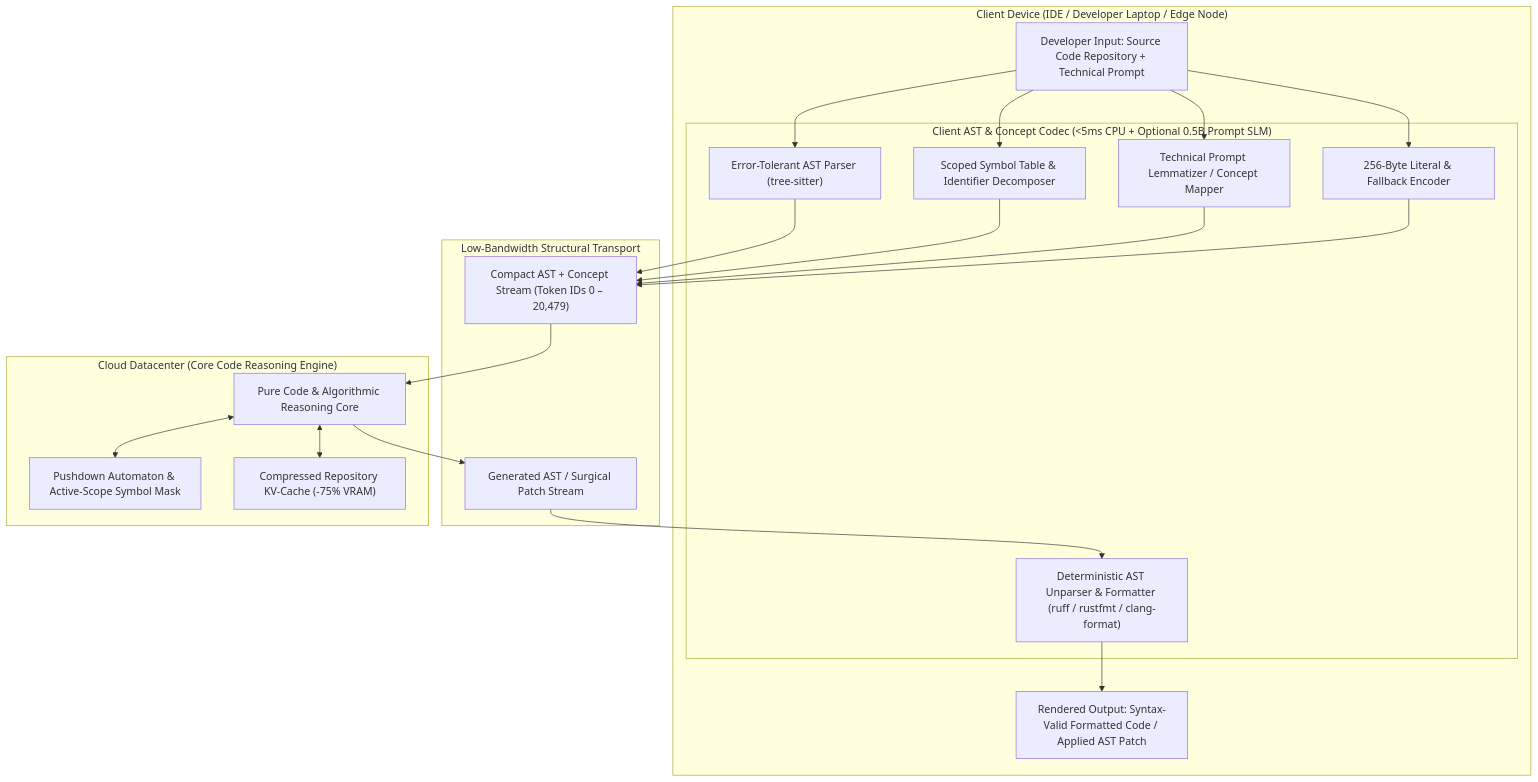
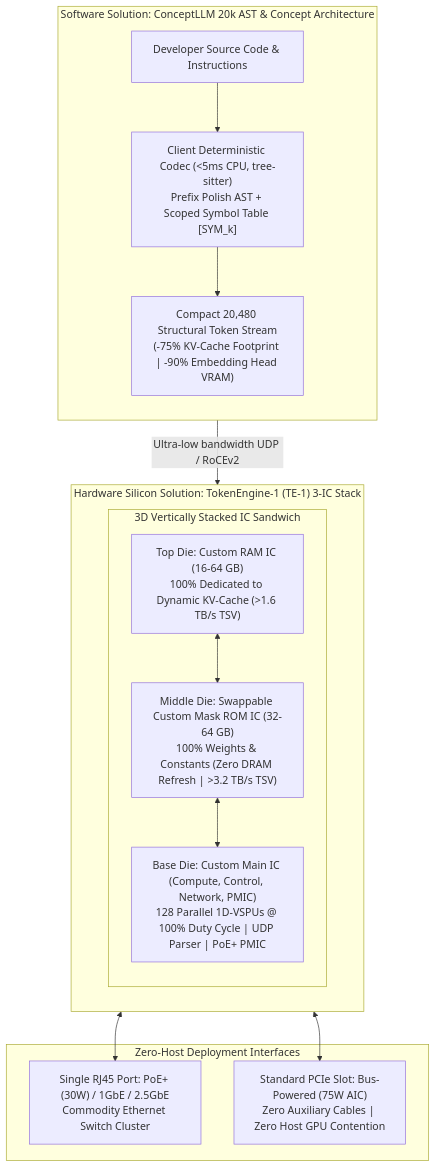
One commit to bokic/ConceptLLM changed the first of 2 diagrams in README.md. Above: the diagram before and after it, drawn with Mermaid. The commit also changed other lines of this file and 1 other file, not shown here.

Commit message:
Move software arhitecture to SOFTWARE.md

````diff
--- a/README.md
+++ b/README.md
@@ -26,36 +22,31 @@
 ```mermaid
 flowchart TD
-    subgraph Client ["Client Device (IDE / Developer Laptop / Edge Node)"]
-        UserIn["Developer Input: Source Code Repository + Technical Prompt"]
-
-        subgraph ClientCodec ["Client AST & Concept Codec (<5ms CPU + Optional 0.5B Prompt SLM)"]
-            ASTParser["Error-Tolerant AST Parser (tree-sitter)"]
-            SymTable["Scoped Symbol Table & Identifier Decomposer"]
-            PromptEncoder["Technical Prompt Lemmatizer / Concept Mapper"]
-            ByteEncoder["256-Byte Literal & Fallback Encoder"]
-            ASTUnparser["Deterministic AST Unparser & Formatter (ruff / rustfmt / clang-format)"]
-        end
-
-        FinalOut["Rendered Output: Syntax-Valid Formatted Code / Applied AST Patch"]
+    subgraph SoftwareLayer ["Software Solution: ConceptLLM 20k AST & Concept Architecture"]
+        direction TB
+        DevCode["Developer Source Code & Instructions"]
+        LocalCodec["Client Deterministic Codec (<5ms CPU, tree-sitter)\nPrefix Polish AST + Scoped Symbol Table [SYM_k]"]
+        Tokens20k["Compact 20,480 Structural Token Stream\n(-75% KV-Cache Footprint | -90% Embedding Head VRAM)"]
+        
+        DevCode --> LocalCodec
+        LocalCodec --> Tokens20k
     end
 
-    subgraph Network ["Low-Bandwidth Structural Transport"]
-        UpstreamTokens["Compact AST + Concept Stream (Token IDs 0 – 20,479)"]
-        DownstreamTokens["Generated AST / Surgical Patch Stream"]
+    subgraph HardwareLayer ["Hardware Silicon Solution: TokenEngine-1 (TE-1) 3-IC Stack"]
+        direction TB
+        subgraph Stack ["3D Vertically Stacked IC Sandwich"]
+            RAM_IC["Top Die: Custom RAM IC (16-64 GB)\n100% Dedicated to Dynamic KV-Cache (>1.6 TB/s TSV)"]
+            ROM_IC["Middle Die: Swappable Custom Mask ROM IC (32-64 GB)\n100% Weights & Constants (Zero DRAM Refresh | >3.2 TB/s TSV)"]
+            MAIN_IC["Base Die: Custom Main IC (Compute, Control, Network, PMIC)\n128 Parallel 1D-VSPUs @ 100% Duty Cycle | UDP Parser | PoE+ PMIC"]
+        end
+        RAM_IC <--> ROM_IC <--> MAIN_IC
     end
 
-    subgraph Server ["Cloud Datacenter (Core Code Reasoning Engine)"]
-        ServerModel["Pure Code & Algorithmic Reasoning Core"]
-        GrammarMask["Pushdown Automaton & Active-Scope Symbol Mask"]
-        KVCache["Compressed Repository KV-Cache (-75% VRAM)"]
+    subgraph PhysicalDeploy ["Zero-Host Deployment Interfaces"]
+        RJ45["Single RJ45 Port: PoE+ (30W) / 1GbE / 2.5GbE\nCommodity Ethernet Switch Cluster"]
+        PCIE["Standard PCIe Slot: Bus-Powered (75W AIC)\nZero Auxiliary Cables | Zero Host GPU Contention"]
     end
 
-    UserIn --> ASTParser & SymTable & PromptEncoder & ByteEncoder
-    ASTParser & SymTable & PromptEncoder & ByteEncoder --> UpstreamTokens
-    UpstreamTokens --> ServerModel
-    ServerModel <--> KVCache
-    ServerModel <--> GrammarMask
-    ServerModel --> DownstreamTokens
-    DownstreamTokens --> ASTUnparser
-    ASTUnparser --> FinalOut
+    Tokens20k -->|"Ultra-low bandwidth UDP / RoCEv2"| MAIN_IC
+    MAIN_IC <--> RJ45
+    MAIN_IC <--> PCIE
 ```
````
